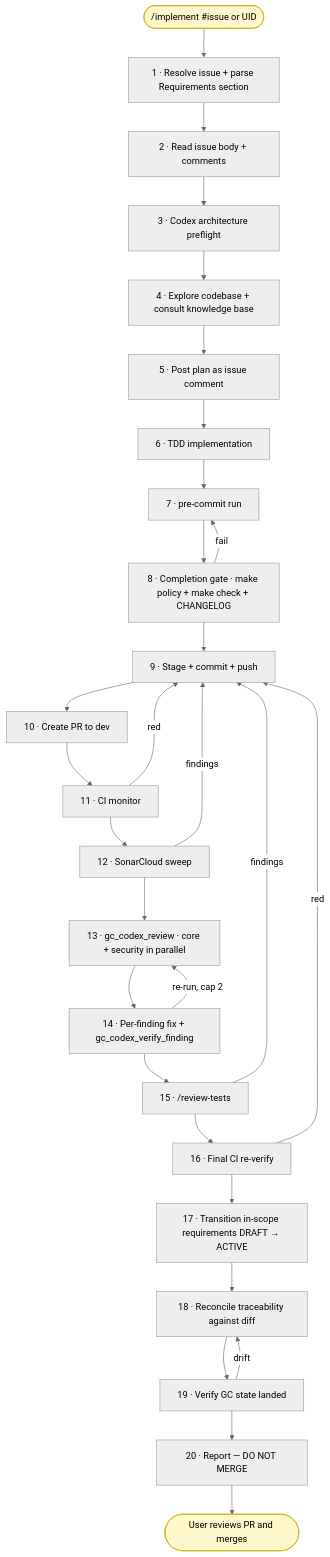
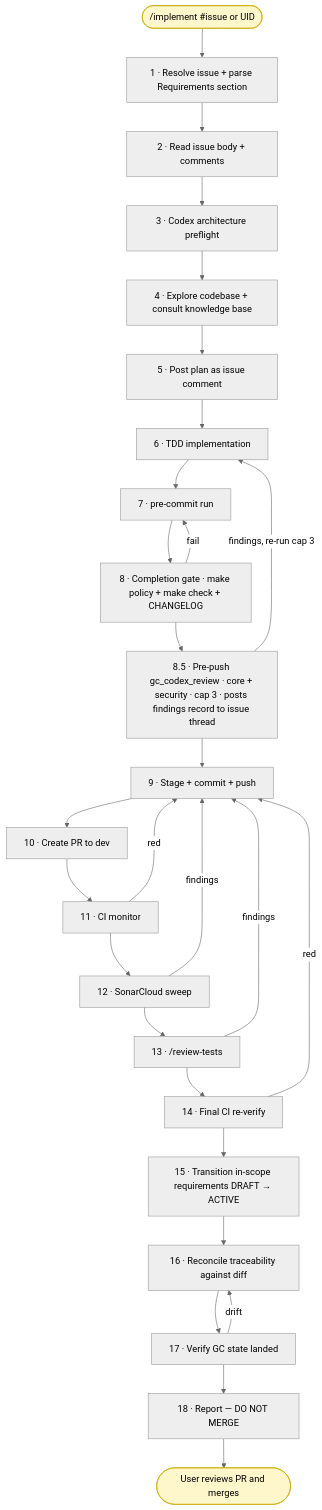
The diagram in docs/DEVELOPMENT_WORKFLOW.md (KeplerOps/Ground-Control), drawn with Mermaid (neutral theme) before and after one commit. The commit also changed other lines of this file and 8 other files, not shown here.

````diff
--- a/docs/DEVELOPMENT_WORKFLOW.md
+++ b/docs/DEVELOPMENT_WORKFLOW.md
@@ -60,58 +60,56 @@
 ```mermaid
 flowchart TB
   Start([/implement #issue or UID])
   S1[1 · Resolve issue + parse Requirements section]
   S2[2 · Read issue body + comments]
   S3[3 · Codex architecture preflight]
   S4[4 · Explore codebase + consult knowledge base]
   S5[5 · Post plan as issue comment]
   S6[6 · TDD implementation]
   S7[7 · pre-commit run]
   S8[8 · Completion gate · make policy + make check + CHANGELOG]
+  S8b[8.5 · Pre-push gc_codex_review · core + security · cap 3 · posts findings record to issue thread]
   S9[9 · Stage + commit + push]
   S10[10 · Create PR to dev]
   S11[11 · CI monitor]
   S12[12 · SonarCloud sweep]
-  S13[13 · gc_codex_review · core + security in parallel]
-  S14[14 · Per-finding fix + gc_codex_verify_finding]
-  S15[15 · /review-tests]
-  S16[16 · Final CI re-verify]
-  S17[17 · Transition in-scope requirements DRAFT → ACTIVE]
-  S18[18 · Reconcile traceability against diff]
-  S19[19 · Verify GC state landed]
-  S20[20 · Report — DO NOT MERGE]
+  S13[13 · /review-tests]
+  S14[14 · Final CI re-verify]
+  S15[15 · Transition in-scope requirements DRAFT → ACTIVE]
+  S16[16 · Reconcile traceability against diff]
+  S17[17 · Verify GC state landed]
+  S18[18 · Report — DO NOT MERGE]
   End([User reviews PR and merges])
 
   Start --> S1
   S1 --> S2
   S2 --> S3
   S3 --> S4
   S4 --> S5
   S5 --> S6
   S6 --> S7
   S7 --> S8
-  S8 --> S9
+  S8 --> S8b
+  S8b --> S9
   S9 --> S10
   S10 --> S11
   S11 --> S12
   S12 --> S13
   S13 --> S14
   S14 --> S15
   S15 --> S16
   S16 --> S17
   S17 --> S18
-  S18 --> S19
-  S19 --> S20
-  S20 --> End
+  S18 --> End
 
   S8 -->|fail| S7
+  S8b -->|findings, re-run cap 3| S6
   S11 -->|red| S9
   S12 -->|findings| S9
-  S14 -->|re-run, cap 2| S13
-  S15 -->|findings| S9
-  S16 -->|red| S9
-  S19 -->|drift| S18
+  S13 -->|findings| S9
+  S14 -->|red| S9
+  S17 -->|drift| S16
 
   classDef user fill:#fff7cc,stroke:#c9a900,color:#000
   class Start,End user
 ```
````
